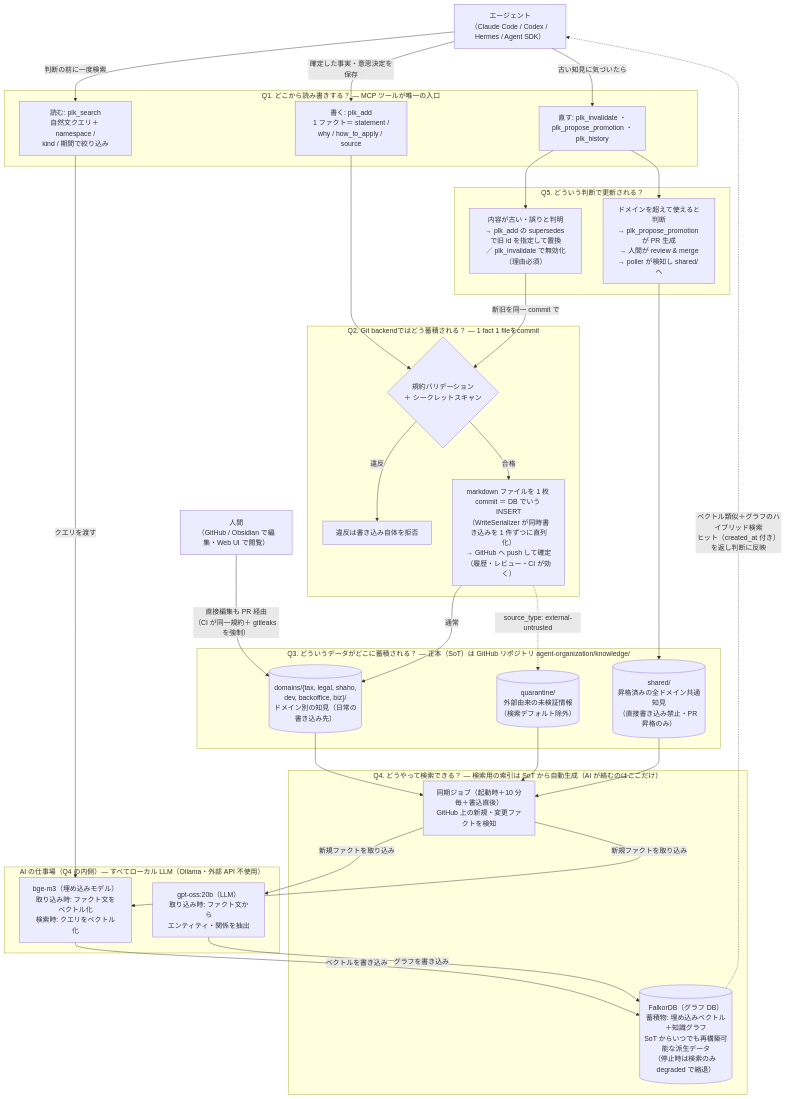
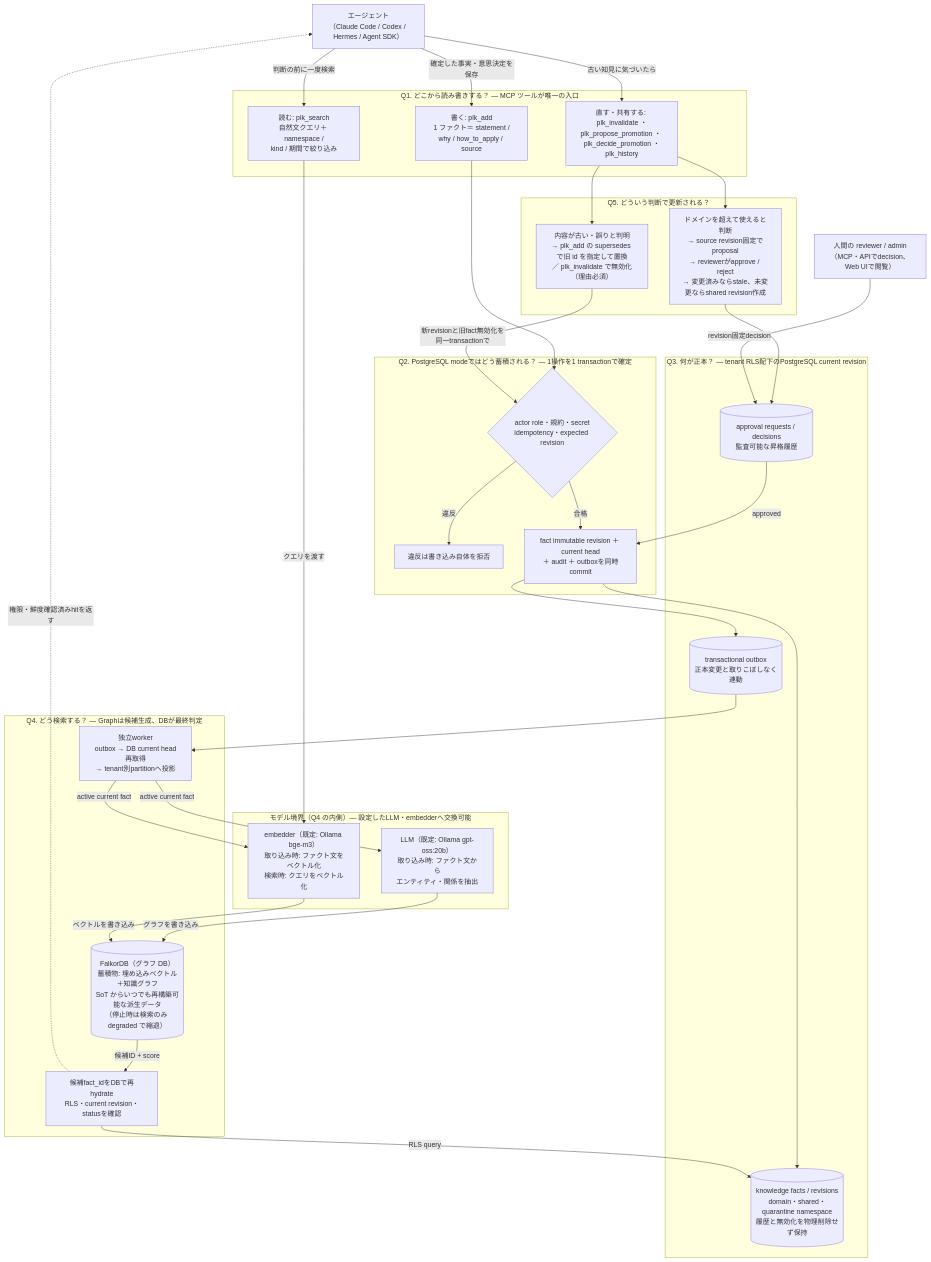
The second of 2 diagrams in README.md (byteflare-co/plk-memory), drawn with Mermaid before and after one commit. The commit also changed other lines of this file, not shown here.

Commit message:
docs: align architecture diagrams with postgres runtime

````diff
--- a/README.md
+++ b/README.md
@@ -92,64 +113,66 @@
 ```mermaid
 flowchart TD
     AGENT["エージェント<br/>（Claude Code / Codex / Hermes / Agent SDK）"]
-    HUMAN["人間<br/>（GitHub / Obsidian で編集・Web UI で閲覧）"]
+    HUMAN["人間の reviewer / admin<br/>（MCP・APIでdecision、Web UIで閲覧）"]
 
     subgraph entry["Q1. どこから読み書きする？ — MCP ツールが唯一の入口"]
         SEARCH["読む: plk_search<br/>自然文クエリ＋ namespace /<br/>kind / 期間で絞り込み"]
         ADD["書く: plk_add<br/>1 ファクト＝ statement /<br/>why / how_to_apply / source"]
-        MAINT["直す: plk_invalidate ・<br/>plk_propose_promotion ・<br/>plk_history"]
+        MAINT["直す・共有する: plk_invalidate ・<br/>plk_propose_promotion ・ plk_decide_promotion ・<br/>plk_history"]
     end
 
     subgraph update["Q5. どういう判断で更新される？"]
         SUP["内容が古い・誤りと判明<br/>→ plk_add の supersedes で旧 id を指定して置換<br/>／ plk_invalidate で無効化（理由必須）"]
-        PROM["ドメインを超えて使えると判断<br/>→ plk_propose_promotion が PR 生成<br/>→ 人間が review & merge<br/>→ poller が検知し shared/ へ"]
+        PROM["ドメインを超えて使えると判断<br/>→ source revision固定でproposal<br/>→ reviewerがapprove / reject<br/>→ 変更済みならstale、未変更ならshared revision作成"]
     end
 
-    subgraph write["Q2. Git backendではどう蓄積される？ — 1 fact 1 fileをcommit"]
-        CHK{"規約バリデーション<br/>＋ シークレットスキャン"}
+    subgraph write["Q2. PostgreSQL modeではどう蓄積される？ — 1操作を1 transactionで確定"]
+        CHK{"actor role・規約・secret<br/>idempotency・expected revision"}
         REJ["違反は書き込み自体を拒否"]
-        GITW["markdown ファイルを 1 枚 commit ＝ DB でいう INSERT<br/>（WriteSerializer が同時書き込みを 1 件ずつに直列化）<br/>→ GitHub へ push して確定（履歴・レビュー・CI が効く）"]
+        TX["fact immutable revision ＋ current head<br/>＋ audit ＋ outboxを同時commit"]
     end
 
-    subgraph sot["Q3. どういうデータがどこに蓄積される？ — 正本（SoT）は GitHub リポジトリ agent-organization/knowledge/"]
-        SHARED[("shared/<br/>昇格済みの全ドメイン共通知見<br/>（直接書き込み禁止・PR 昇格のみ）")]
-        DOM[("domains/{tax, legal, shaho,<br/>dev, backoffice, biz}/<br/>ドメイン別の知見（日常の書き込み先）")]
-        QUAR[("quarantine/<br/>外部由来の未検証情報<br/>（検索デフォルト除外）")]
+    subgraph sot["Q3. 何が正本？ — tenant RLS配下のPostgreSQL current revision"]
+        DB[("knowledge facts / revisions<br/>domain・shared・quarantine namespace<br/>履歴と無効化を物理削除せず保持")]
+        APPROVAL[("approval requests / decisions<br/>監査可能な昇格履歴")]
+        OUTBOX2[("transactional outbox<br/>正本変更と取りこぼしなく連動")]
     end
 
-    subgraph index["Q4. どうやって検索できる？ — 検索用の索引は SoT から自動生成（AI が絡むのはここだけ）"]
-        SYNC["同期ジョブ（起動時＋10 分毎＋書込直後）<br/>GitHub 上の新規・変更ファクトを検知"]
+    subgraph index["Q4. どう検索する？ — Graphは候補生成、DBが最終判定"]
+        WORKER["独立worker<br/>outbox → DB current head再取得<br/>→ tenant別partitionへ投影"]
         FALKOR[("FalkorDB（グラフ DB）<br/>蓄積物: 埋め込みベクトル＋知識グラフ<br/>SoT からいつでも再構築可能な派生データ<br/>（停止時は検索のみ degraded で縮退）")]
+        FILTER["候補fact_idをDBで再hydrate<br/>RLS・current revision・statusを確認"]
     end
 
-    subgraph ai["AI の仕事場（Q4 の内側）— すべてローカル LLM（Ollama・外部 API 不使用）"]
-        LLM["gpt-oss:20b（LLM）<br/>取り込み時: ファクト文から<br/>エンティティ・関係を抽出"]
-        EMB["bge-m3（埋め込みモデル）<br/>取り込み時: ファクト文をベクトル化<br/>検索時: クエリをベクトル化"]
+    subgraph ai["モデル境界（Q4 の内側）— 設定したLLM・embedderへ交換可能"]
+        LLM["LLM（既定: Ollama gpt-oss:20b）<br/>取り込み時: ファクト文から<br/>エンティティ・関係を抽出"]
+        EMB["embedder（既定: Ollama bge-m3）<br/>取り込み時: ファクト文をベクトル化<br/>検索時: クエリをベクトル化"]
     end
 
     AGENT -->|"判断の前に一度検索"| SEARCH
     AGENT -->|"確定した事実・意思決定を保存"| ADD
     AGENT -->|"古い知見に気づいたら"| MAINT
 
     ADD --> CHK
     CHK -->|"違反"| REJ
-    CHK -->|"合格"| GITW
-    GITW -->|"通常"| DOM
-    GITW -.->|"source_type: external-untrusted"| QUAR
-    HUMAN -->|"直接編集も PR 経由<br/>（CI が同一規約＋ gitleaks を強制）"| DOM
+    CHK -->|"合格"| TX
+    TX --> DB
+    TX --> OUTBOX2
 
     MAINT --> SUP
     MAINT --> PROM
-    SUP -->|"新旧を同一 commit で"| CHK
-    PROM --> SHARED
+    SUP -->|"新revisionと旧fact無効化を同一transactionで"| CHK
+    PROM --> APPROVAL
+    HUMAN -->|"revision固定decision"| APPROVAL
+    APPROVAL -->|"approved"| TX
 
-    SHARED --> SYNC
-    DOM --> SYNC
-    QUAR --> SYNC
-    SYNC -->|"新規ファクトを取り込み"| LLM
-    SYNC -->|"新規ファクトを取り込み"| EMB
+    OUTBOX2 --> WORKER
+    WORKER -->|"active current fact"| LLM
+    WORKER -->|"active current fact"| EMB
     LLM -->|"グラフを書き込み"| FALKOR
     EMB -->|"ベクトルを書き込み"| FALKOR
     SEARCH -->|"クエリを渡す"| EMB
-    FALKOR -.->|"ベクトル類似＋グラフのハイブリッド検索<br/>ヒット（created_at 付き）を返し判断に反映"| AGENT
+    FALKOR -->|"候補ID + score"| FILTER
+    FILTER -->|"RLS query"| DB
+    FILTER -.->|"権限・鮮度確認済みhitを返す"| AGENT
 ```
````
